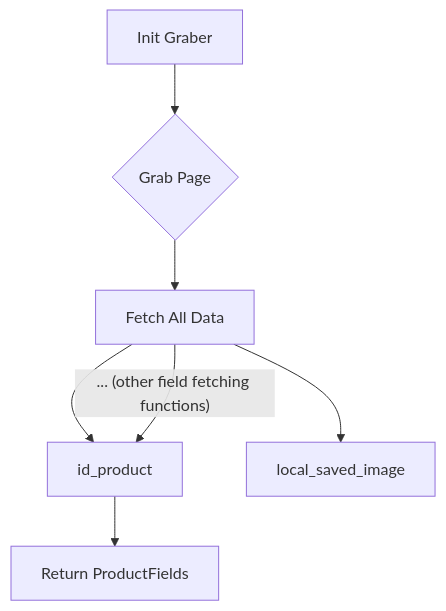
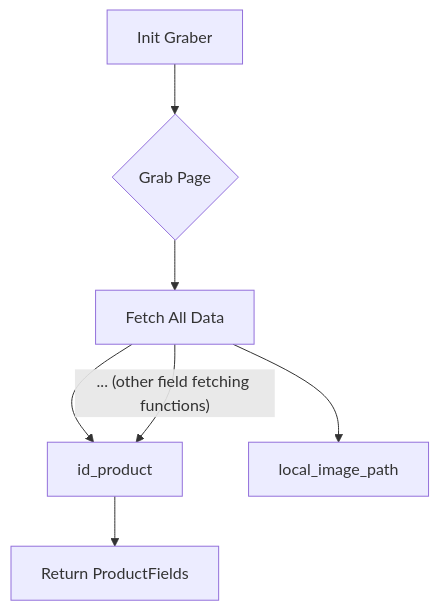
The first of 2 diagrams in docs/gemini/out/en/explainer/src/suppliers/wallmart/graber.md (hypo69/hypo), drawn with Mermaid before and after one commit. The commit also changed other lines of this file and 270 other files, not shown here.

````diff
--- a/docs/gemini/out/en/explainer/src/suppliers/wallmart/graber.md
+++ b/docs/gemini/out/en/explainer/src/suppliers/wallmart/graber.md
@@ -107,9 +107,9 @@
 ```mermaid
 graph TD
     A[Init Graber] --> B{Grab Page};
     B --> C[Fetch All Data];
     C --> D[id_product];
-    C --> E[local_saved_image];
+    C --> E[local_image_path];
     C -- ... (other field fetching functions) --> D;
     D --> F[Return ProductFields];
 ```
````
